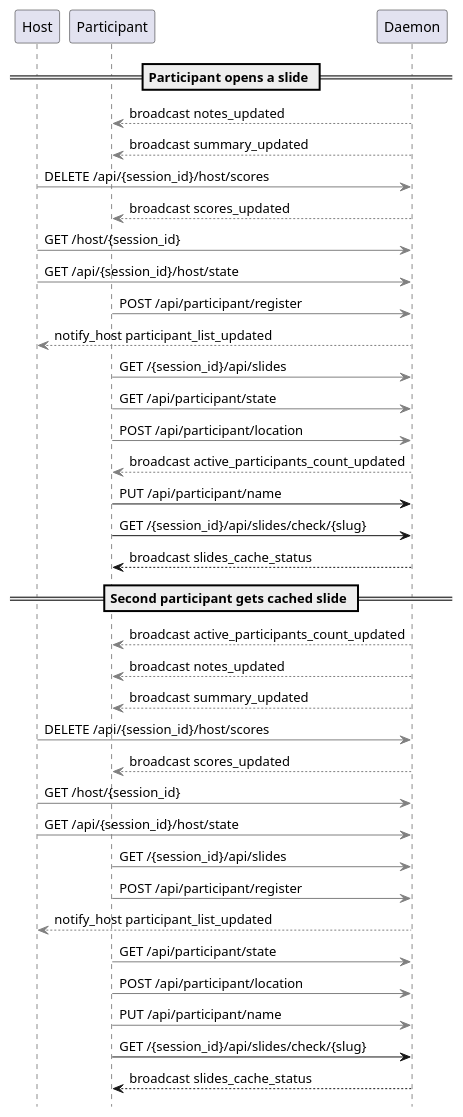
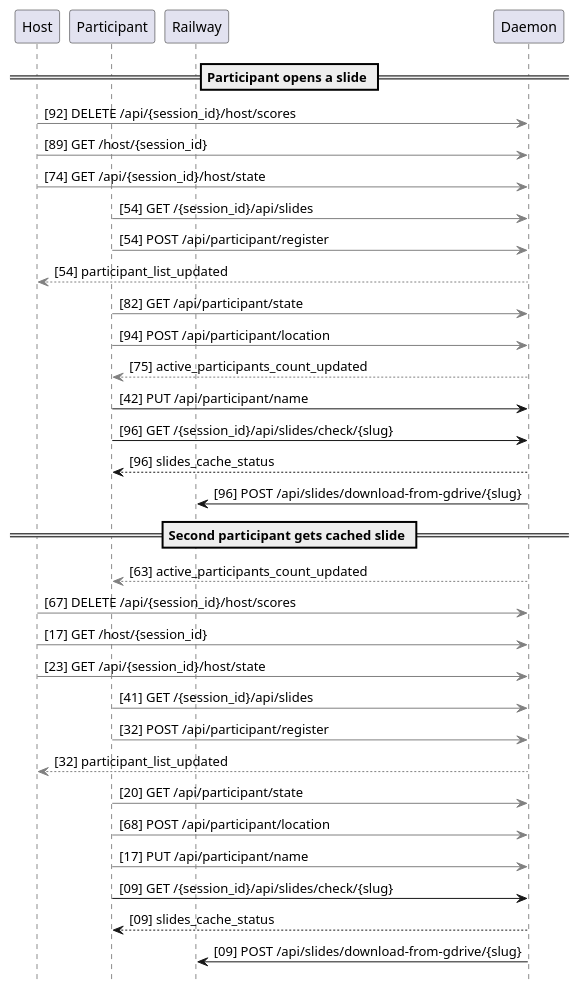
One commit to victorrentea/training-assistant changed the diagram in docs/sequences/extracted/06-slides.puml. Above: the diagram before and after it, drawn with PlantUML. The commit also changed 1 other file, not shown here.

Commit message:
docs: regenerated slides sequence with trace hashes, clean labels, daemon→Railway flow

```diff
--- a/docs/sequences/extracted/06-slides.puml
+++ b/docs/sequences/extracted/06-slides.puml
@@ -1,43 +1,40 @@
 @startuml
 hide footbox
 
 participant "Host"
 participant "Participant"
+participant "Railway"
 participant "Daemon"
 
 == Participant opens a slide ==
-"Daemon" [#gray]--> "Participant": broadcast notes_updated
-"Daemon" [#gray]--> "Participant": broadcast summary_updated
-"Host" [#gray]-> "Daemon": DELETE /api/{session_id}/host/scores
-"Daemon" [#gray]--> "Participant": broadcast scores_updated
-"Host" [#gray]-> "Daemon": GET /host/{session_id}
-"Host" [#gray]-> "Daemon": GET /api/{session_id}/host/state
-"Participant" [#gray]-> "Daemon": POST /api/participant/register
-"Daemon" [#gray]--> "Host": notify_host participant_list_updated
-"Participant" [#gray]-> "Daemon": GET /{session_id}/api/slides
-"Participant" [#gray]-> "Daemon": GET /api/participant/state
-"Participant" [#gray]-> "Daemon": POST /api/participant/location
-"Daemon" [#gray]--> "Participant": broadcast active_participants_count_updated
-"Participant" -> "Daemon": PUT /api/participant/name
-"Participant" -> "Daemon": GET /{session_id}/api/slides/check/{slug}
-"Daemon" --> "Participant": broadcast slides_cache_status
+"Host" [#gray]-> "Daemon": [92] DELETE /api/{session_id}/host/scores
+"Host" [#gray]-> "Daemon": [89] GET /host/{session_id}
+"Host" [#gray]-> "Daemon": [74] GET /api/{session_id}/host/state
+"Participant" [#gray]-> "Daemon": [54] GET /{session_id}/api/slides
+"Participant" [#gray]-> "Daemon": [54] POST /api/participant/register
+"Daemon" [#gray]--> "Host": [54] participant_list_updated
+"Participant" [#gray]-> "Daemon": [82] GET /api/participant/state
+"Participant" [#gray]-> "Daemon": [94] POST /api/participant/location
+"Daemon" [#gray]--> "Participant": [75] active_participants_count_updated
+"Participant" -> "Daemon": [42] PUT /api/participant/name
+"Participant" -> "Daemon": [96] GET /{session_id}/api/slides/check/{slug}
+"Daemon" --> "Participant": [96] slides_cache_status
+"Daemon" -> "Railway": [96] POST /api/slides/download-from-gdrive/{slug}
 
 == Second participant gets cached slide ==
-"Daemon" [#gray]--> "Participant": broadcast active_participants_count_updated
-"Daemon" [#gray]--> "Participant": broadcast notes_updated
-"Daemon" [#gray]--> "Participant": broadcast summary_updated
-"Host" [#gray]-> "Daemon": DELETE /api/{session_id}/host/scores
-"Daemon" [#gray]--> "Participant": broadcast scores_updated
-"Host" [#gray]-> "Daemon": GET /host/{session_id}
-"Host" [#gray]-> "Daemon": GET /api/{session_id}/host/state
-"Participant" [#gray]-> "Daemon": GET /{session_id}/api/slides
-"Participant" [#gray]-> "Daemon": POST /api/participant/register
-"Daemon" [#gray]--> "Host": notify_host participant_list_updated
-"Participant" [#gray]-> "Daemon": GET /api/participant/state
-"Participant" [#gray]-> "Daemon": POST /api/participant/location
-"Participant" [#gray]-> "Daemon": PUT /api/participant/name
-"Participant" -> "Daemon": GET /{session_id}/api/slides/check/{slug}
-"Daemon" --> "Participant": broadcast slides_cache_status
+"Daemon" [#gray]--> "Participant": [63] active_participants_count_updated
+"Host" [#gray]-> "Daemon": [67] DELETE /api/{session_id}/host/scores
+"Host" [#gray]-> "Daemon": [17] GET /host/{session_id}
+"Host" [#gray]-> "Daemon": [23] GET /api/{session_id}/host/state
+"Participant" [#gray]-> "Daemon": [41] GET /{session_id}/api/slides
+"Participant" [#gray]-> "Daemon": [32] POST /api/participant/register
+"Daemon" [#gray]--> "Host": [32] participant_list_updated
+"Participant" [#gray]-> "Daemon": [20] GET /api/participant/state
+"Participant" [#gray]-> "Daemon": [68] POST /api/participant/location
+"Participant" [#gray]-> "Daemon": [17] PUT /api/participant/name
+"Participant" -> "Daemon": [09] GET /{session_id}/api/slides/check/{slug}
+"Daemon" --> "Participant": [09] slides_cache_status
+"Daemon" -> "Railway": [09] POST /api/slides/download-from-gdrive/{slug}
 
 
 @enduml
```
